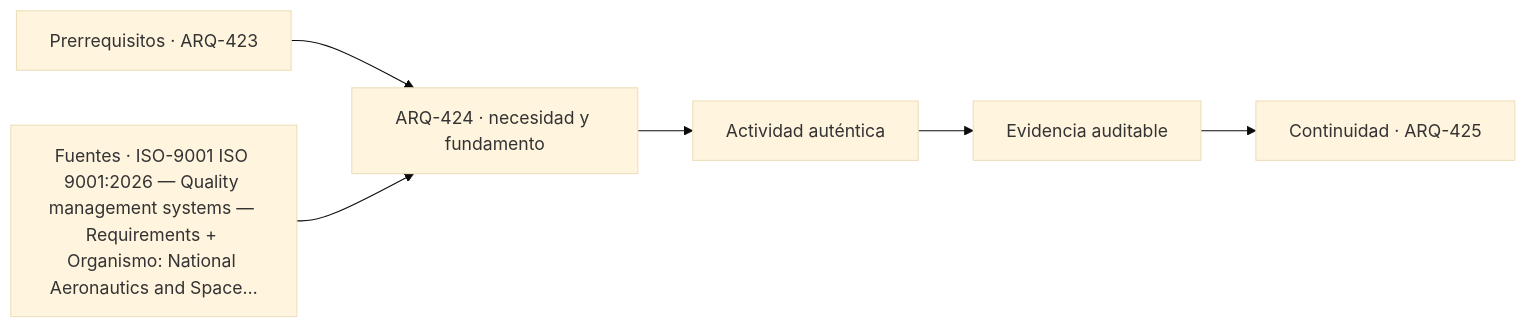
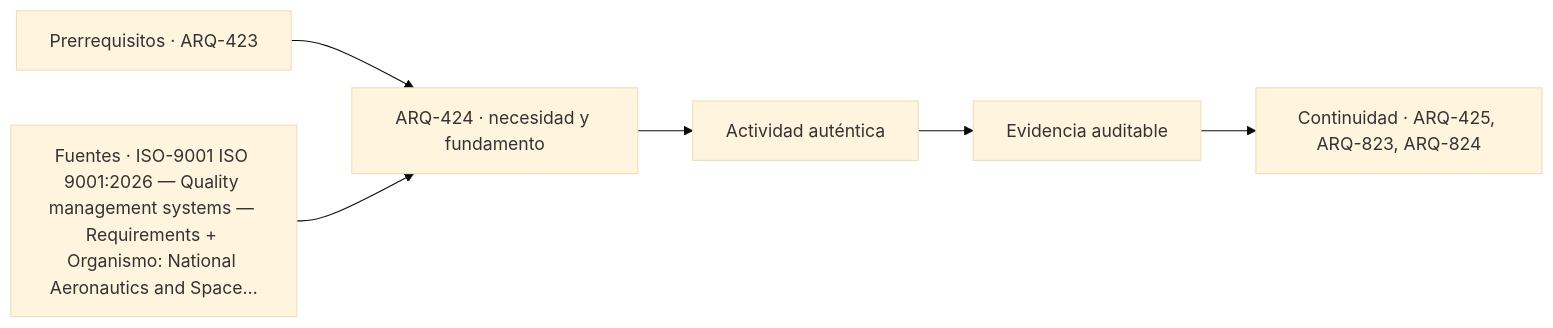
One commit to vladimiracunadev-create/architecture-built-environment-learning-program changed the diagram in classes/parte-43/ARQ-424.md. Above: the diagram before and after it, drawn with Mermaid (base theme). The commit also changed other lines of this file and 234 other files, not shown here.

````diff
--- a/classes/parte-43/ARQ-424.md
+++ b/classes/parte-43/ARQ-424.md
@@ -87,8 +87,8 @@
 ```mermaid
 flowchart LR
     A["Prerrequisitos · ARQ-423"] --> B["ARQ-424 · necesidad y fundamento"]
     S["Fuentes · ISO-9001 ISO 9001:2026 — Quality management systems — Requirements + Organismo: National Aeronautics and Space…"] --> B
     B --> C["Actividad auténtica"]
     C --> D["Evidencia auditable"]
-    D --> E["Continuidad · ARQ-425"]
+    D --> E["Continuidad · ARQ-425, ARQ-823, ARQ-824"]
 ```
````
